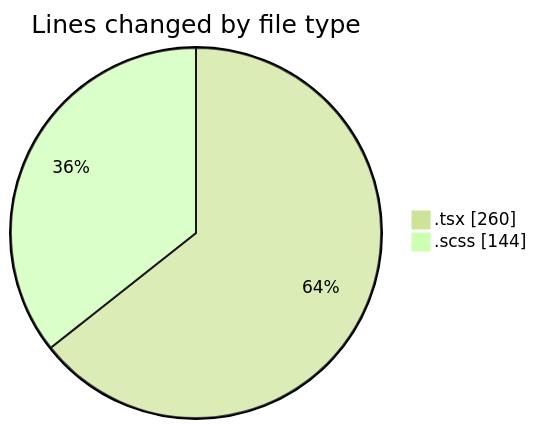
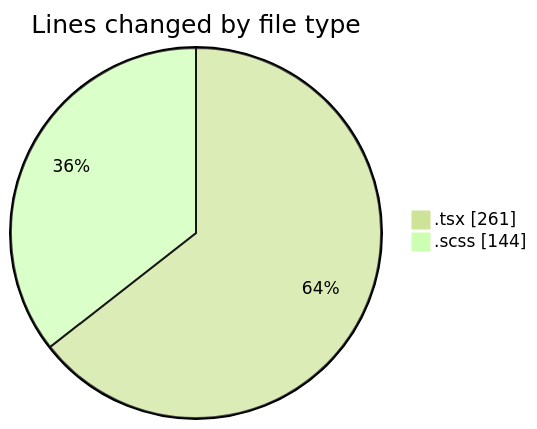
Before and after one commit to momahboobian/code-tracking: the first of 2 diagrams in 2026-04-10/cda/README.md, drawn with Mermaid (forest theme). The commit also changed other lines of this file and 1 other file, not shown here.

````diff
--- a/2026-04-10/cda/README.md
+++ b/2026-04-10/cda/README.md
@@ -22,6 +22,6 @@
 ```mermaid
 pie showData
 title Lines changed by file type
-".tsx" : 260
+".tsx" : 261
 ".scss" : 144
 ```
````
